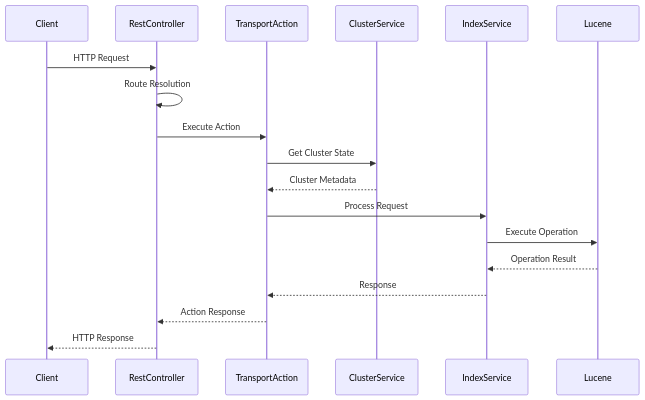
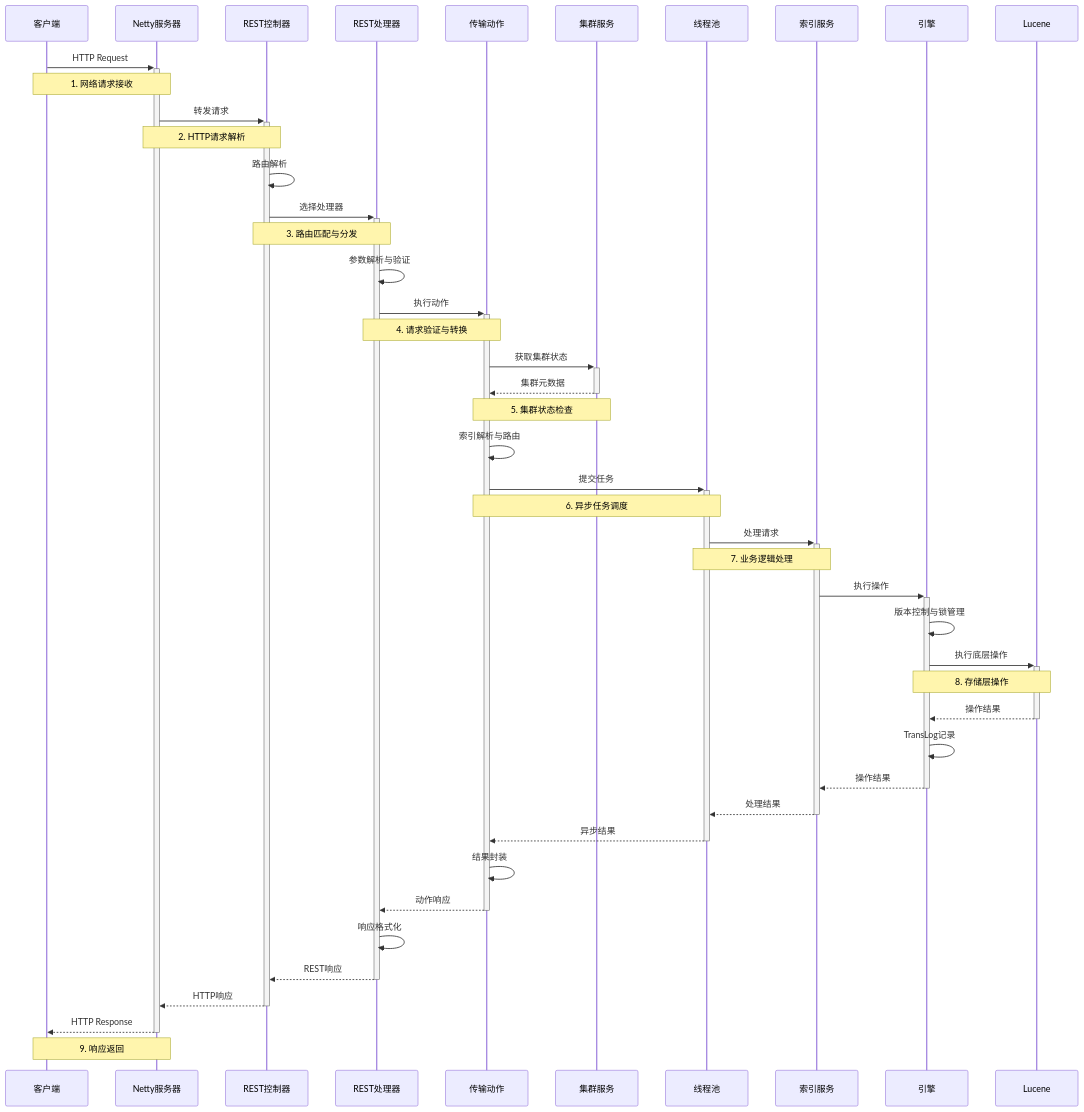
The fourth of 23 diagrams in content/posts/elasticsearch-source-analysis.md (haoyunlt/myblog), drawn with Mermaid before and after one commit. The commit also changed other lines of this file and 335 other files, not shown here.

````diff
--- a/content/posts/elasticsearch-source-analysis.md
+++ b/content/posts/elasticsearch-source-analysis.md
@@ -144,21 +1317,60 @@
 ```mermaid
 sequenceDiagram
-    participant Client
-    participant RestController
-    participant TransportAction
-    participant ClusterService
-    participant IndexService
-    participant Lucene
+    participant Client as 客户端
+    participant Netty as Netty服务器
+    participant RestController as REST控制器
+    participant RestHandler as REST处理器
+    participant TransportAction as 传输动作
+    participant ClusterService as 集群服务
+    participant ThreadPool as 线程池
+    participant IndexService as 索引服务
+    participant Engine as 引擎
+    participant Lucene as Lucene
 
-    Client->>RestController: HTTP Request
-    RestController->>RestController: Route Resolution
-    RestController->>TransportAction: Execute Action
-    TransportAction->>ClusterService: Get Cluster State
-    ClusterService-->>TransportAction: Cluster Metadata
-    TransportAction->>IndexService: Process Request
-    IndexService->>Lucene: Execute Operation
-    Lucene-->>IndexService: Operation Result
-    IndexService-->>TransportAction: Response
-    TransportAction-->>RestController: Action Response
-    RestController-->>Client: HTTP Response
+    Client->>+Netty: HTTP Request
+    Note over Client,Netty: 1. 网络请求接收
+
+    Netty->>+RestController: 转发请求
+    Note over Netty,RestController: 2. HTTP请求解析
+
+    RestController->>RestController: 路由解析
+    RestController->>+RestHandler: 选择处理器
+    Note over RestController,RestHandler: 3. 路由匹配与分发
+
+    RestHandler->>RestHandler: 参数解析与验证
+    RestHandler->>+TransportAction: 执行动作
+    Note over RestHandler,TransportAction: 4. 请求验证与转换
+
+    TransportAction->>+ClusterService: 获取集群状态
+    ClusterService-->>-TransportAction: 集群元数据
+    Note over TransportAction,ClusterService: 5. 集群状态检查
+
+    TransportAction->>TransportAction: 索引解析与路由
+    TransportAction->>+ThreadPool: 提交任务
+    Note over TransportAction,ThreadPool: 6. 异步任务调度
+
+    ThreadPool->>+IndexService: 处理请求
+    Note over ThreadPool,IndexService: 7. 业务逻辑处理
+
+    IndexService->>+Engine: 执行操作
+    Engine->>Engine: 版本控制与锁管理
+    Engine->>+Lucene: 执行底层操作
+    Note over Engine,Lucene: 8. 存储层操作
+
+    Lucene-->>-Engine: 操作结果
+    Engine->>Engine: TransLog记录
+    Engine-->>-IndexService: 操作结果
+
+    IndexService-->>-ThreadPool: 处理结果
+    ThreadPool-->>-TransportAction: 异步结果
+
+    TransportAction->>TransportAction: 结果封装
+    TransportAction-->>-RestHandler: 动作响应
+
+    RestHandler->>RestHandler: 响应格式化
+    RestHandler-->>-RestController: REST响应
+
+    RestController-->>-Netty: HTTP响应
+    Netty-->>-Client: HTTP Response
+    Note over Netty,Client: 9. 响应返回
 ```
````
